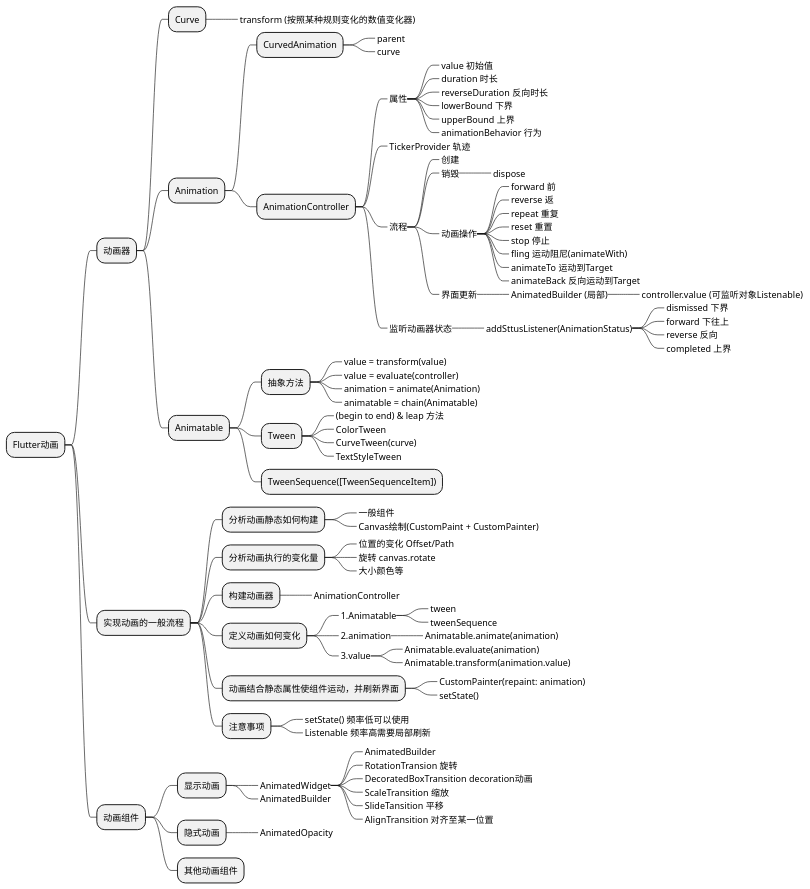
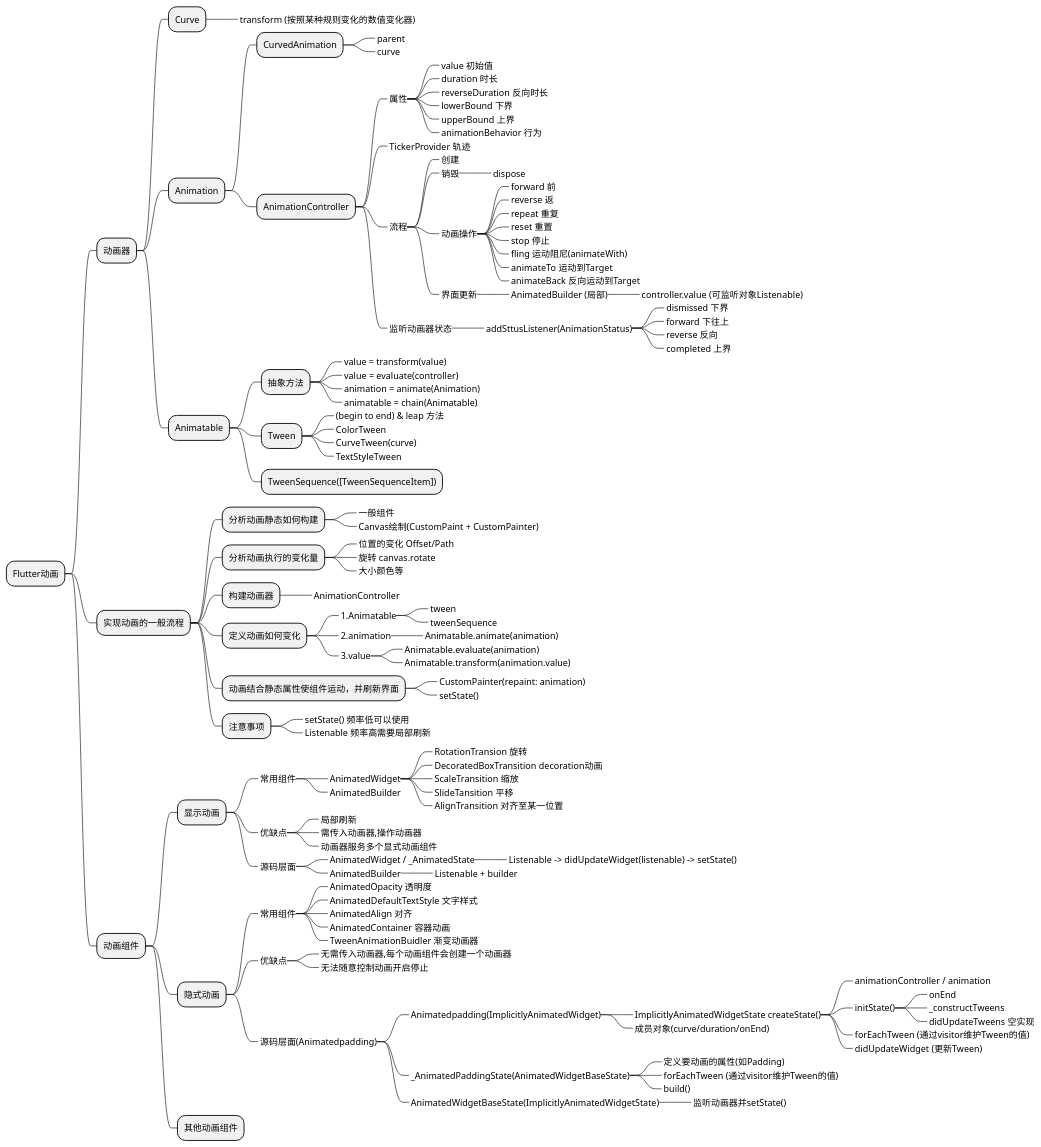
One commit to HEROhuqinchao/flutter_bilibili_getx changed the diagram in lib/ui/pages/functions/animation_study/mindMap/mindMap.pu. Above: the diagram before and after it, drawn with PlantUML. The commit also changed 2 other files, not shown here.

```diff
--- a/lib/ui/pages/functions/animation_study/mindMap/mindMap.pu
+++ b/lib/ui/pages/functions/animation_study/mindMap/mindMap.pu
@@ -1,94 +1,128 @@
 @startmindmap
 * Flutter动画
 ** 动画器
 *** Curve
 ****_ transform (按照某种规则变化的数值变化器)
 *** Animation
 **** CurvedAnimation
 *****_ parent
 *****_ curve
 **** AnimationController
 *****_ 属性
 ******_ value 初始值
 ******_ duration 时长
 ******_ reverseDuration 反向时长
 ******_ lowerBound 下界
 ******_ upperBound 上界
 ******_ animationBehavior 行为
 *****_ TickerProvider 轨迹
 *****_ 流程
 ******_ 创建
 ******_ 销毁
 *******_ dispose
 ******_ 动画操作
 *******_ forward 前
 *******_ reverse 返
 *******_ repeat 重复
 *******_ reset 重置
 *******_ stop 停止
 *******_ fling 运动阻尼(animateWith)
 *******_ animateTo 运动到Target
 *******_ animateBack 反向运动到Target
 ******_ 界面更新
 *******_ AnimatedBuilder (局部)
 ********_ controller.value (可监听对象Listenable)
 *****_ 监听动画器状态
 ******_ addSttusListener(AnimationStatus)
 *******_ dismissed 下界
 *******_ forward 下往上
 *******_ reverse 反向
 *******_ completed 上界
 *** Animatable
 **** 抽象方法
 *****_ value = transform(value)
 *****_ value = evaluate(controller)
 *****_ animation = animate(Animation)
 *****_ animatable = chain(Animatable)
 
 **** Tween
 *****_ (begin to end) & leap 方法
 *****_ ColorTween
 *****_ CurveTween(curve)
 *****_ TextStyleTween
 **** TweenSequence([TweenSequenceItem])
 
 ** 实现动画的一般流程
 *** 分析动画静态如何构建
 ****_ 一般组件
 ****_ Canvas绘制(CustomPaint + CustomPainter)
 *** 分析动画执行的变化量
 ****_ 位置的变化 Offset/Path
 ****_ 旋转 canvas.rotate
 ****_ 大小颜色等
 *** 构建动画器
 ****_ AnimationController
 *** 定义动画如何变化
 ****_ 1.Animatable
 *****_ tween
 *****_ tweenSequence
 ****_ 2.animation
 *****_ Animatable.animate(animation)
 ****_ 3.value
 *****_ Animatable.evaluate(animation)
 *****_ Animatable.transform(animation.value)
 *** 动画结合静态属性使组件运动，并刷新界面
 ****_ CustomPainter(repaint: animation)
 ****_ setState()
 *** 注意事项
 ****_ setState() 频率低可以使用
 ****_ Listenable 频率高需要局部刷新
 
 ** 动画组件
 *** 显示动画
-****_ AnimatedWidget
+****_ 常用组件
+*****_ AnimatedWidget
+******_ RotationTransion 旋转
+******_ DecoratedBoxTransition decoration动画
+******_ ScaleTransition 缩放
+******_ SlideTansition 平移
+******_ AlignTransition 对齐至某一位置
 *****_ AnimatedBuilder
-*****_ RotationTransion 旋转
-*****_ DecoratedBoxTransition decoration动画
-*****_ ScaleTransition 缩放
-*****_ SlideTansition 平移
-*****_ AlignTransition 对齐至某一位置
-****_ AnimatedBuilder
+****_ 优缺点
+*****_ 局部刷新
+*****_ 需传入动画器,操作动画器
+*****_ 动画器服务多个显式动画组件
+****_ 源码层面
+*****_ AnimatedWidget / _AnimatedState
+******_ Listenable -> didUpdateWidget(listenable) -> setState()
+*****_ AnimatedBuilder
+******_ Listenable + builder
 *** 隐式动画
-****_ AnimatedOpacity
+****_ 常用组件
+*****_ AnimatedOpacity 透明度
+*****_ AnimatedDefaultTextStyle 文字样式
+*****_ AnimatedAlign 对齐
+*****_ AnimatedContainer 容器动画
+*****_ TweenAnimationBuidler 渐变动画器
+****_ 优缺点
+*****_ 无需传入动画器,每个动画组件会创建一个动画器
+*****_ 无法随意控制动画开启停止
+****_ 源码层面(Animatedpadding)
+*****_ Animatedpadding(ImplicitlyAnimatedWidget)
+******_ ImplicitlyAnimatedWidgetState createState()
+*******_ animationController / animation
+*******_ initState()
+********_ onEnd
+********_ _constructTweens
+********_ didUpdateTweens 空实现
+*******_ forEachTween (通过visitor维护Tween的值)
+*******_ didUpdateWidget (更新Tween)
+******_ 成员对象(curve/duration/onEnd)
+*****_ _AnimatedPaddingState(AnimatedWidgetBaseState)
+******_ 定义要动画的属性(如Padding)
+******_ forEachTween (通过visitor维护Tween的值)
+******_ build()
+*****_ AnimatedWidgetBaseState(ImplicitlyAnimatedWidgetState)
+******_ 监听动画器并setState()
 *** 其他动画组件
 @endmindmap
```
